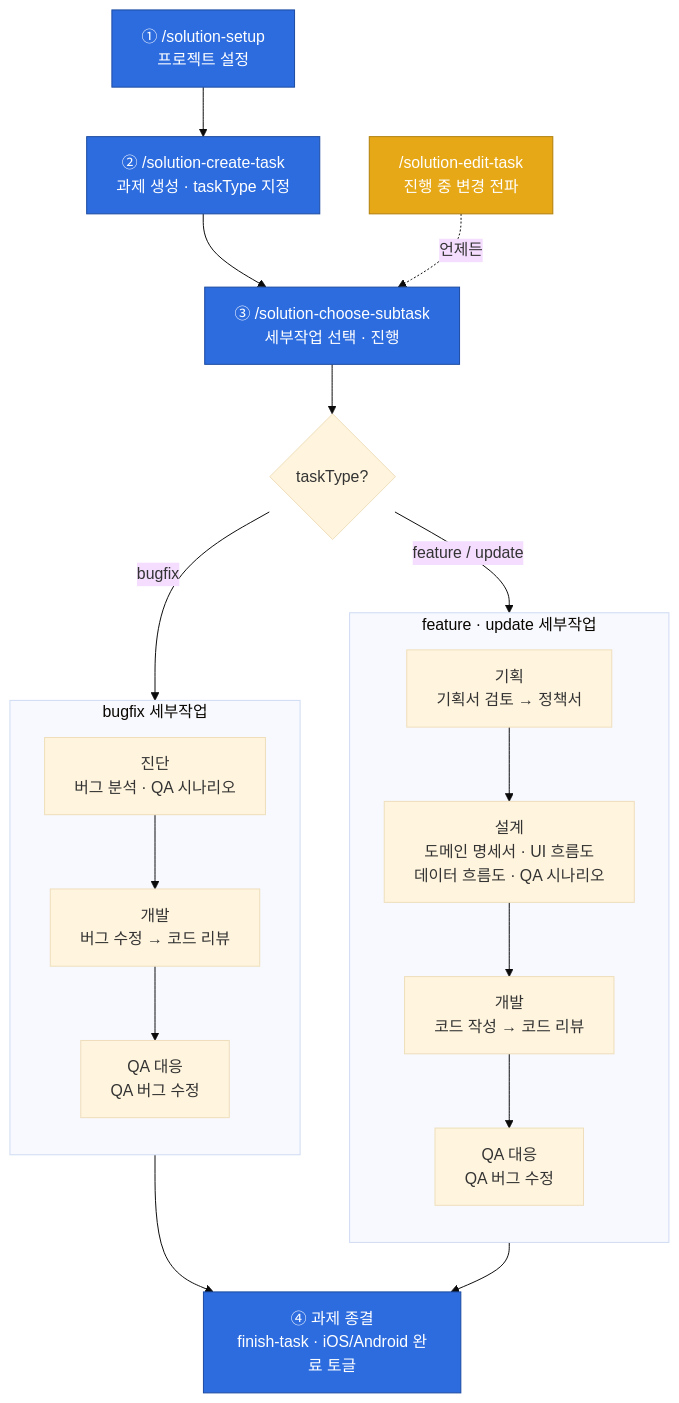
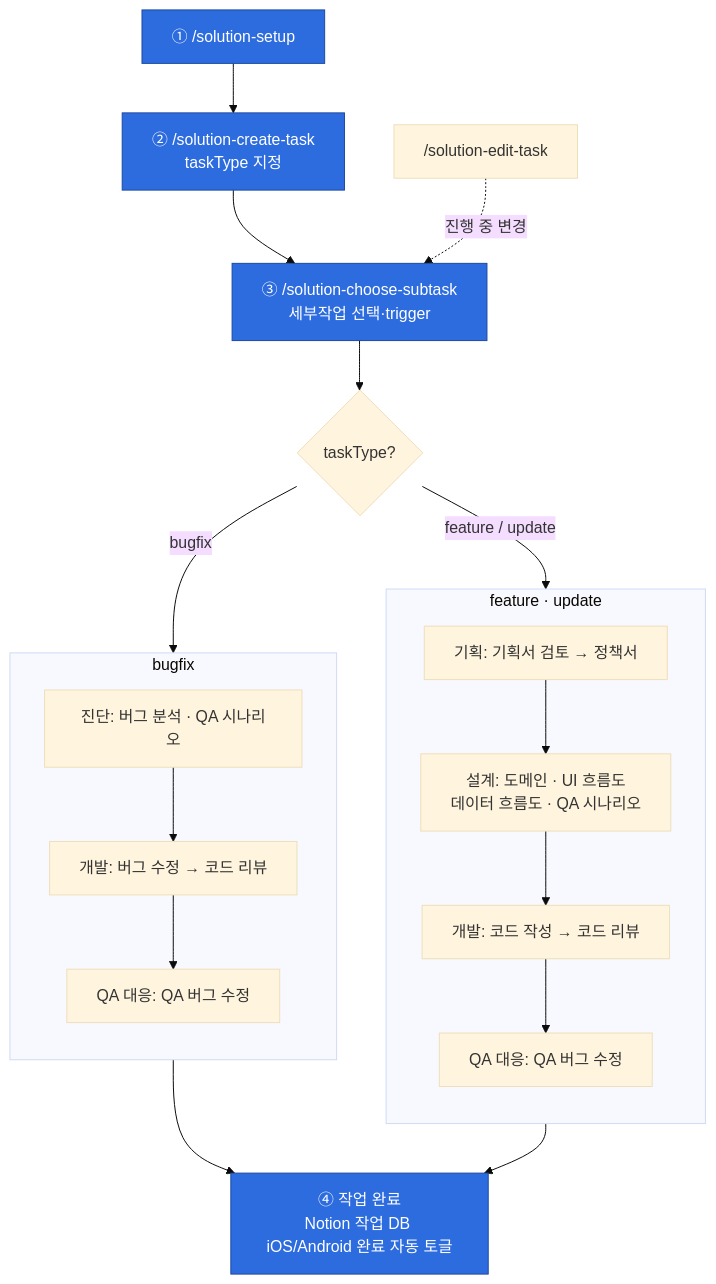
One commit to BEYun/solution-assistant-plugin changed the second of 2 diagrams in README.md. Above: the diagram before and after it, drawn with Mermaid (base theme). The commit also changed other lines of this file and 2 other files, not shown here.

````diff
--- a/README.md
+++ b/README.md
@@ -97,36 +95,37 @@
 ```mermaid
 flowchart TD
-    A["① /solution-setup<br/>프로젝트 설정"] --> B["② /solution-create-task<br/>과제 생성 · taskType 지정"]
-    B --> C["③ /solution-choose-subtask<br/>세부작업 선택 · 진행"]
+    A["① /solution-setup"] --> B["② /solution-create-task<br/>taskType 지정"]
+
+    B --> C["③ /solution-choose-subtask<br/>세부작업 선택·trigger"]
+
     C --> D{taskType?}
 
     D -->|feature / update| FU
+
     D -->|bugfix| BG
 
-    subgraph FU["feature · update 세부작업"]
+    subgraph FU["feature · update"]
         direction TB
-        f1["기획<br/>기획서 검토 → 정책서"]
-        f2["설계<br/>도메인 명세서 · UI 흐름도<br/>데이터 흐름도 · QA 시나리오"]
-        f3["개발<br/>코드 작성 → 코드 리뷰"]
-        f4["QA 대응<br/>QA 버그 수정"]
-        f1 --> f2 --> f3 --> f4
+        f1["기획: 기획서 검토 → 정책서"] --> f2["설계: 도메인 · UI 흐름도<br/>데이터 흐름도 · QA 시나리오"]
+
+        f2 --> f3["개발: 코드 작성 → 코드 리뷰"]
+
+        f3 --> f4["QA 대응: QA 버그 수정"]
     end
 
-    subgraph BG["bugfix 세부작업"]
+    subgraph BG["bugfix"]
         direction TB
-        b1["진단<br/>버그 분석 · QA 시나리오"]
-        b2["개발<br/>버그 수정 → 코드 리뷰"]
-        b3["QA 대응<br/>QA 버그 수정"]
-        b1 --> b2 --> b3
+        b1["진단: 버그 분석 · QA 시나리오"] --> b2["개발: 버그 수정 → 코드 리뷰"]
+
+        b2 --> b3["QA 대응: QA 버그 수정"]
     end
 
-    f4 --> Z["④ 과제 종결<br/>finish-task · iOS/Android 완료 토글"]
+    f4 --> Z["④ 작업 완료<br/>Notion 작업 DB iOS/Android 완료 자동 토글"]
+
     b3 --> Z
 
-    EDIT["/solution-edit-task<br/>진행 중 변경 전파"] -. 언제든 .-> C
+    EDIT["/solution-edit-task"] -. 진행 중 변경 .-> C
 
     classDef entry fill:#2d6cdf,stroke:#1b4aa0,color:#fff;
-    classDef edit fill:#e6a817,stroke:#b07f0a,color:#fff;
     class A,B,C,Z entry;
-    class EDIT edit;
 ```
````
